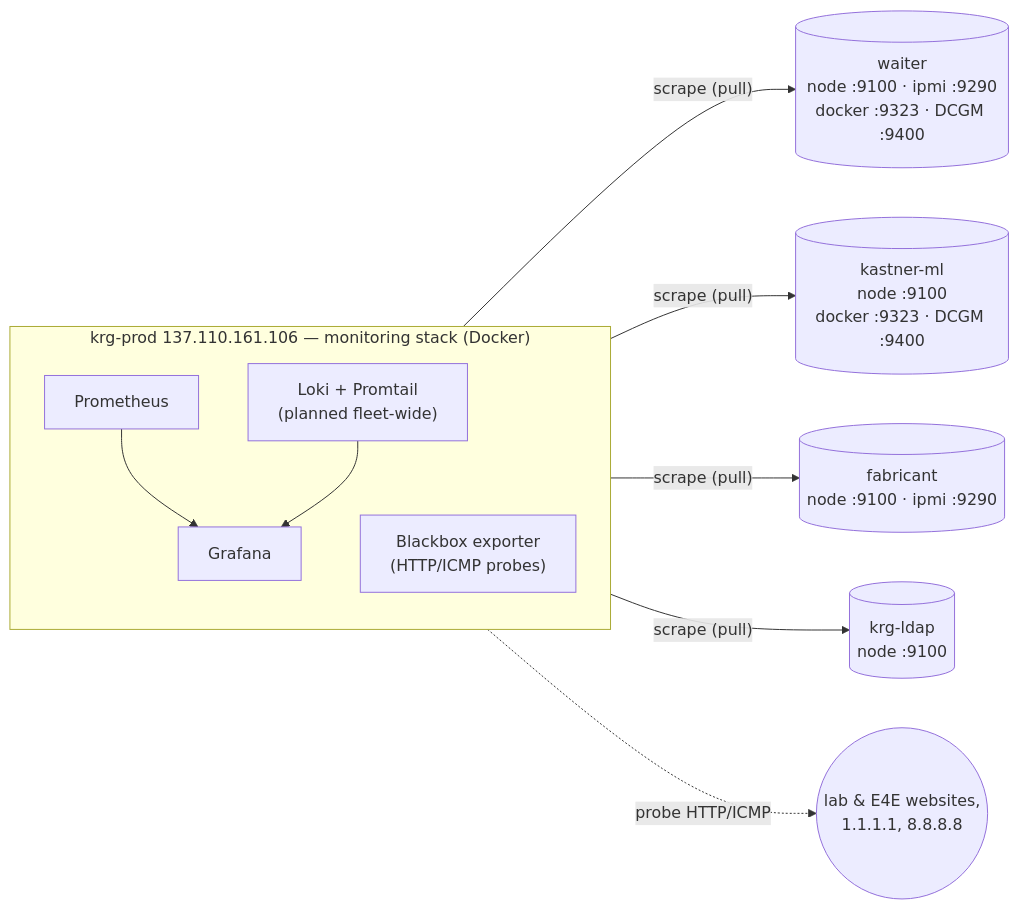
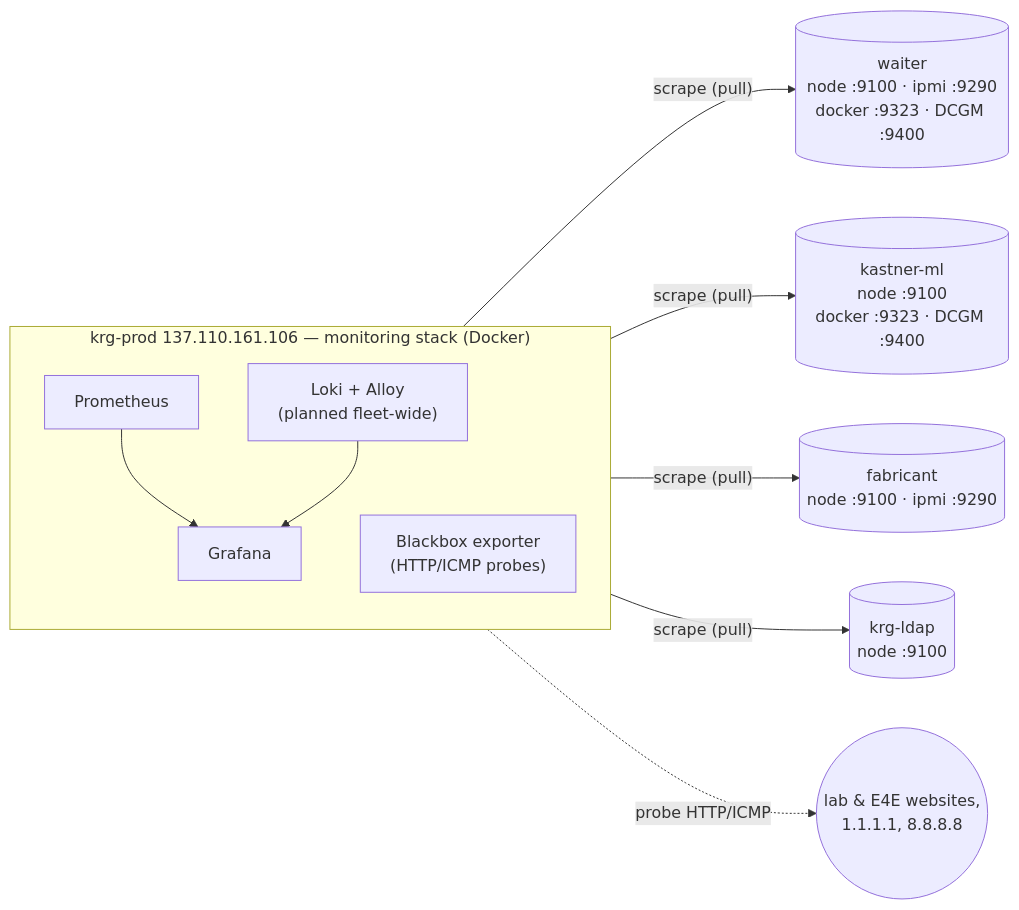
The diagram in docs/fleet-inventory.md (KastnerRG/krg-infra), drawn with Mermaid before and after one commit. The commit also changed other lines of this file and 15 other files, not shown here.

````diff
--- a/docs/fleet-inventory.md
+++ b/docs/fleet-inventory.md
@@ -62,23 +63,23 @@
 ```mermaid
 flowchart LR
   subgraph prod["krg-prod 137.110.161.106 — monitoring stack (Docker)"]
     direction TB
     prom["Prometheus"]
     graf["Grafana"]
-    loki["Loki + Promtail<br/>(planned fleet-wide)"]
+    loki["Loki + Alloy<br/>(planned fleet-wide)"]
     bb["Blackbox exporter<br/>(HTTP/ICMP probes)"]
     prom --> graf
     loki --> graf
   end
 
   waiter[("waiter<br/>node :9100 · ipmi :9290<br/>docker :9323 · DCGM :9400")]
   kml[("kastner-ml<br/>node :9100<br/>docker :9323 · DCGM :9400")]
   fab[("fabricant<br/>node :9100 · ipmi :9290")]
   ldap[("krg-ldap<br/>node :9100")]
 
   prom -->|"scrape (pull)"| waiter
   prom -->|"scrape (pull)"| kml
   prom -->|"scrape (pull)"| fab
   prom -->|"scrape (pull)"| ldap
   bb -.->|"probe HTTP/ICMP"| ext(("lab & E4E websites,<br/>1.1.1.1, 8.8.8.8"))
 ```
````
